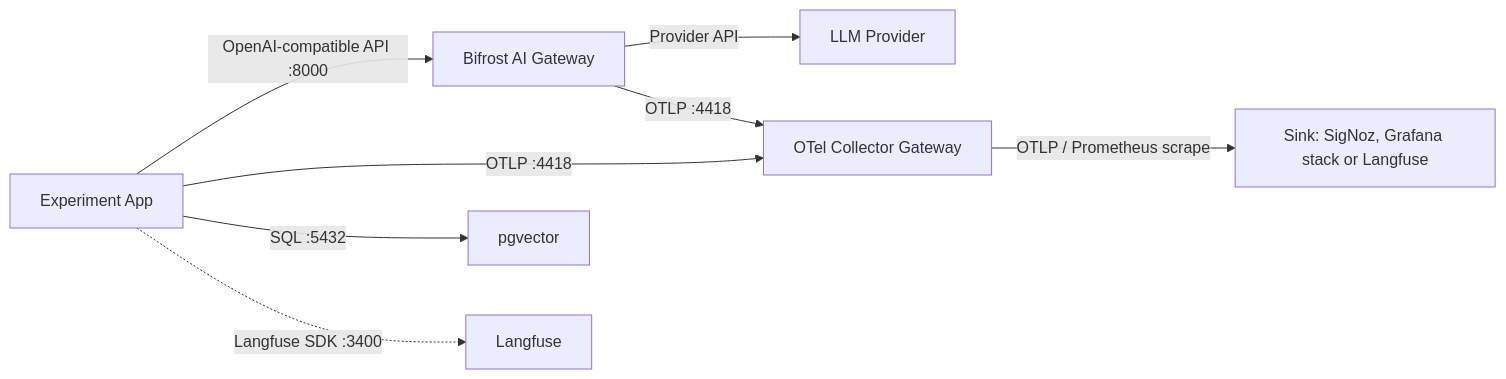
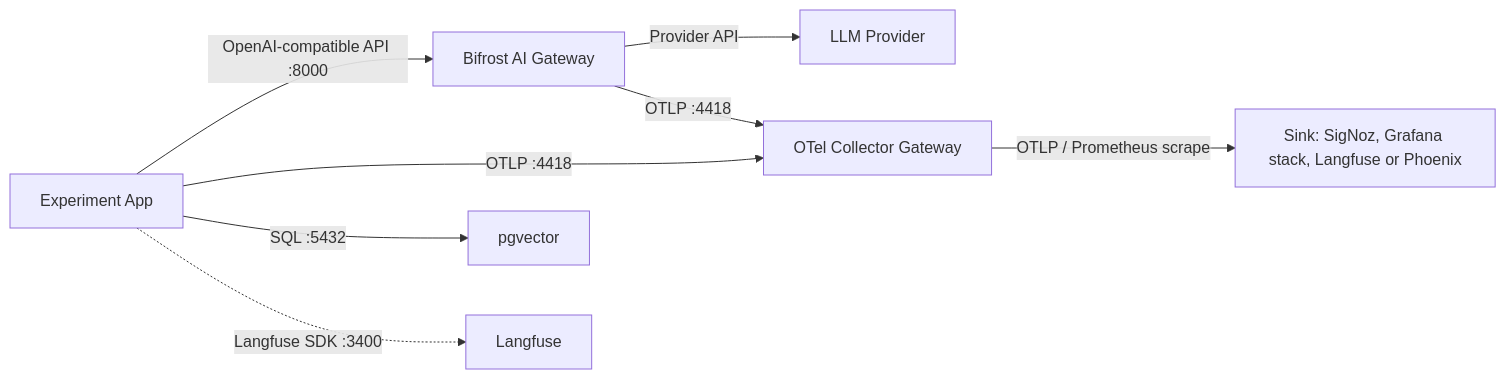
The diagram in infra/README.md (one2nc/ai_observability), drawn with Mermaid before and after one commit. The commit also changed other lines of this file and 21 other files, not shown here.

````diff
--- a/infra/README.md
+++ b/infra/README.md
@@ -7,10 +7,10 @@
 ```mermaid
 graph LR
     App[Experiment App] -->|OpenAI-compatible API :8000| Bifrost[Bifrost AI Gateway]
     Bifrost -->|Provider API| Provider[LLM Provider]
     App -->|OTLP :4418| Gateway[OTel Collector Gateway]
     Bifrost -->|OTLP :4418| Gateway
-    Gateway -->|OTLP / Prometheus scrape| Sink[Sink: SigNoz, Grafana stack or Langfuse]
+    Gateway -->|OTLP / Prometheus scrape| Sink[Sink: SigNoz, Grafana stack, Langfuse or Phoenix]
     App -->|SQL :5432| PG[pgvector]
     App -.->|Langfuse SDK :3400| LF[Langfuse]
 ```
````
